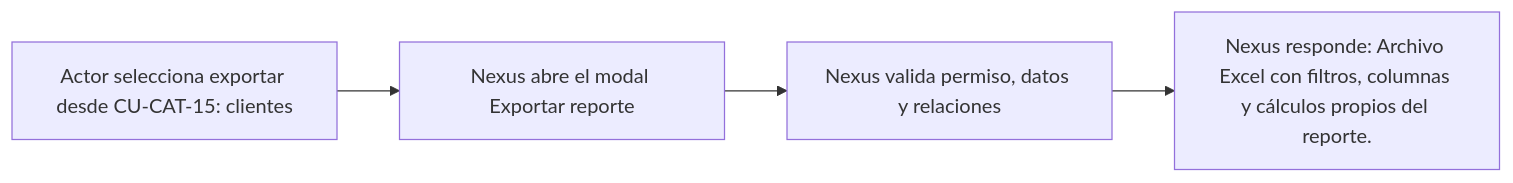
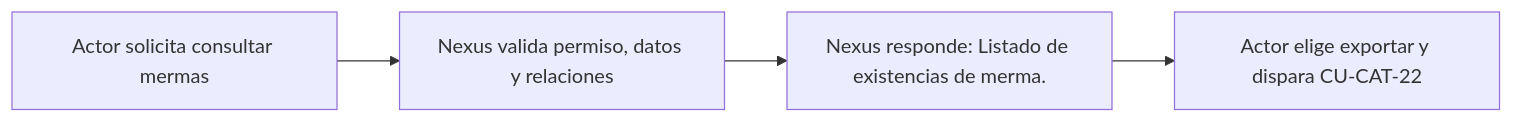
The diagram in docs/requirements/diagrams/catalogs/cu-cat-18.md (gpgsistemas01/nexus), drawn with Mermaid before and after one commit. The commit also changed other lines of this file and 207 other files, not shown here.

````diff
--- a/docs/requirements/diagrams/catalogs/cu-cat-18.md
+++ b/docs/requirements/diagrams/catalogs/cu-cat-18.md
@@ -3,6 +3,6 @@
 ```mermaid
 flowchart LR
-    request["Actor selecciona exportar desde CU-CAT-15: clientes"] --> modal["Nexus abre el modal Exportar reporte"]
-    modal --> validate["Nexus valida permiso, datos y relaciones"]
-    validate --> result["Nexus responde: Archivo Excel con filtros, columnas y cálculos propios del reporte."]
+    request["Actor solicita consultar mermas"] --> validate["Nexus valida permiso, datos y relaciones"]
+    validate --> result["Nexus responde: Listado de existencias de merma."]
+    result --> report["Actor elige exportar y dispara CU-CAT-22"]
 ```
````
